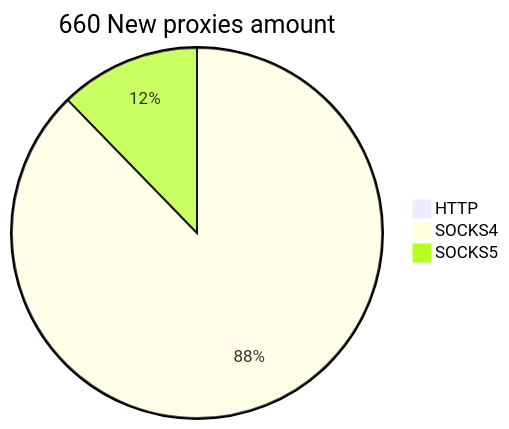
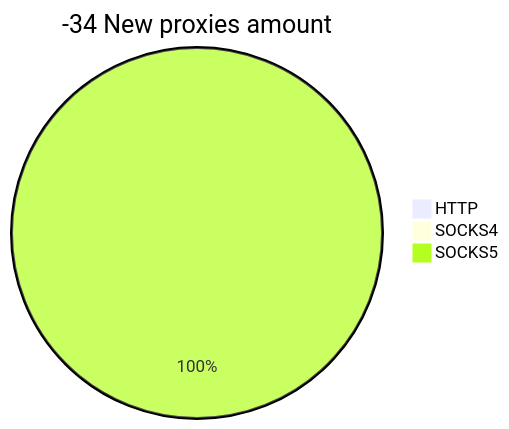
Before and after one commit to cutipu/proxylist: the second of 2 diagrams in README.md, drawn with Mermaid. The commit also changed other lines of this file, not shown here.

````diff
--- a/README.md
+++ b/README.md
@@ -10,6 +10,6 @@
 ```mermaid
-pie title 660 New proxies amount
+pie title -34 New proxies amount
     "HTTP" : 0
-    "SOCKS4" : 579
-    "SOCKS5" : 81
+    "SOCKS4" : 0
+    "SOCKS5" : 39
 ```
````
